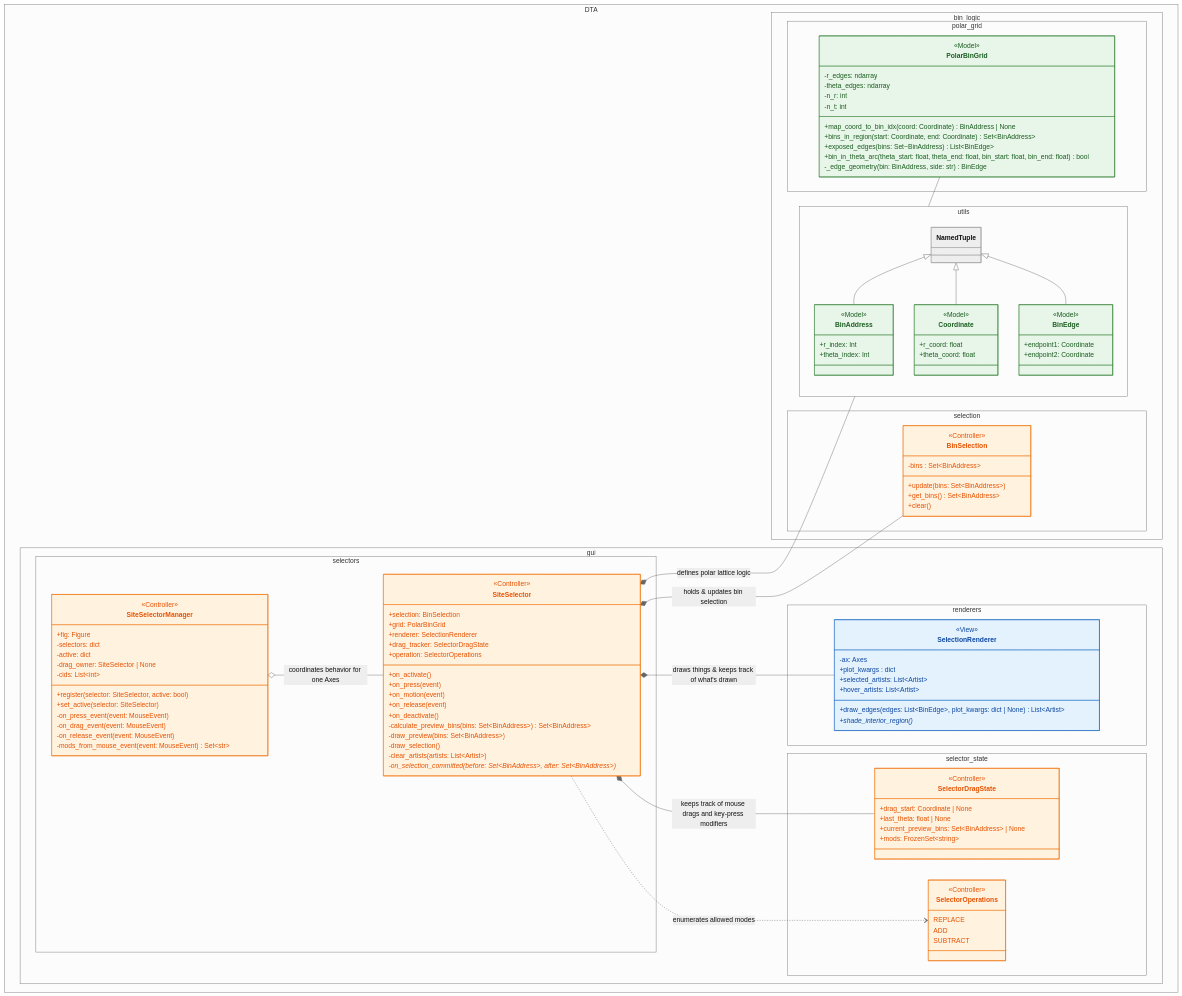
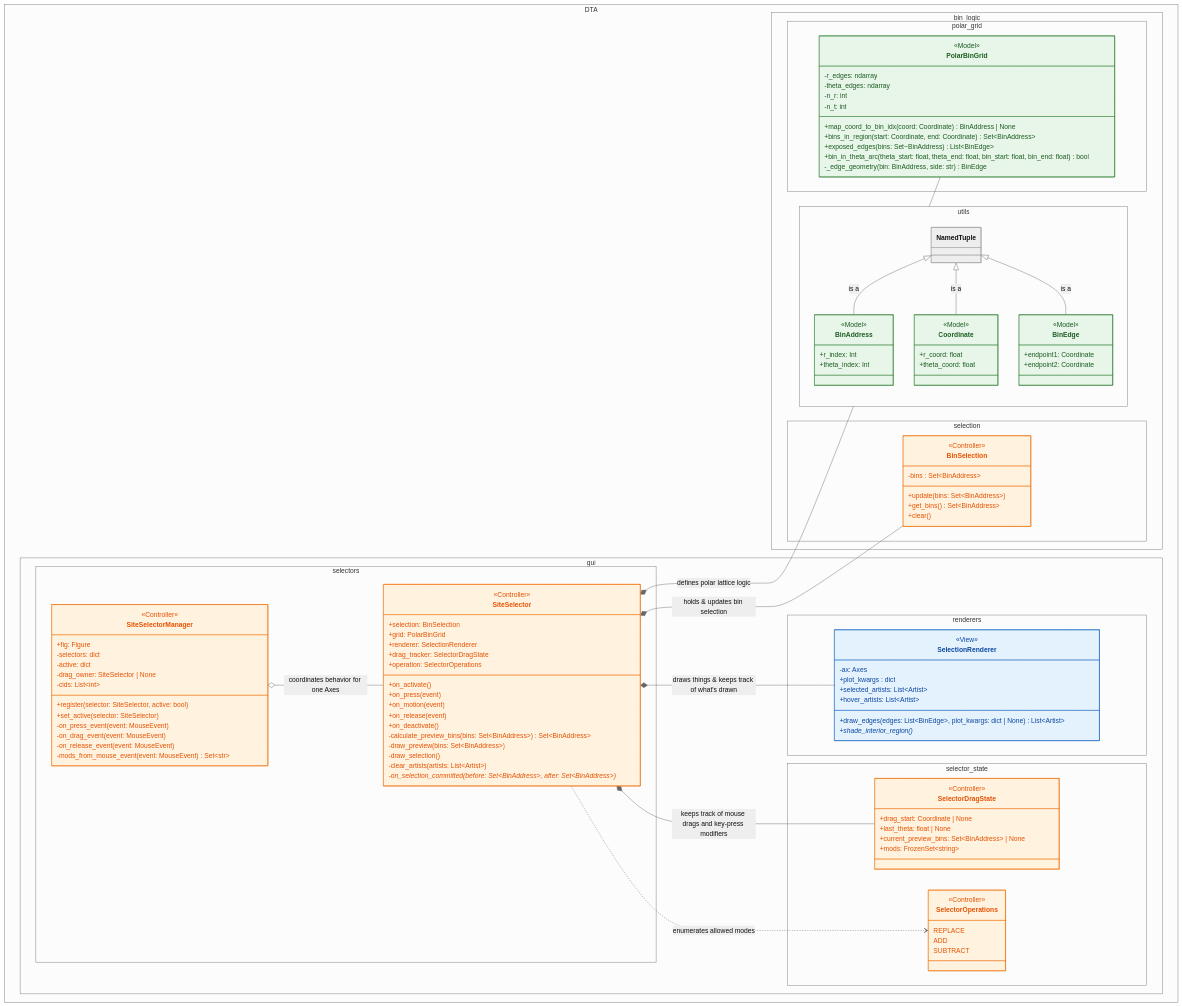
The first of 4 diagrams in python/dta/gui/README.md (BranniganLab/density_threshold_affinity), drawn with Mermaid (neutral theme) before and after one commit.

Commit message:
Add descriptions to NamedTuple relationships
Clarify relationships of NamedTuple with descriptions.

```diff
--- a/python/dta/gui/README.md
+++ b/python/dta/gui/README.md
@@ -194,9 +194,9 @@
 
 SiteSelectorManager o-- SiteSelector : coordinates behavior for one Axes
 
-NamedTuple <|-- BinAddress
-NamedTuple <|-- Coordinate
-NamedTuple <|-- BinEdge
+NamedTuple <|-- BinAddress : is a
+NamedTuple <|-- Coordinate : is a
+NamedTuple <|-- BinEdge : is a
 
 %% =========================
 %% Styling (MVC color coding)
```
